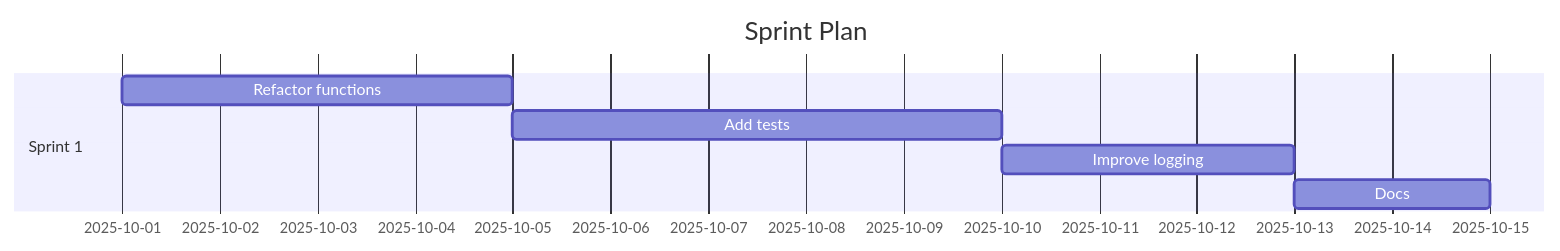
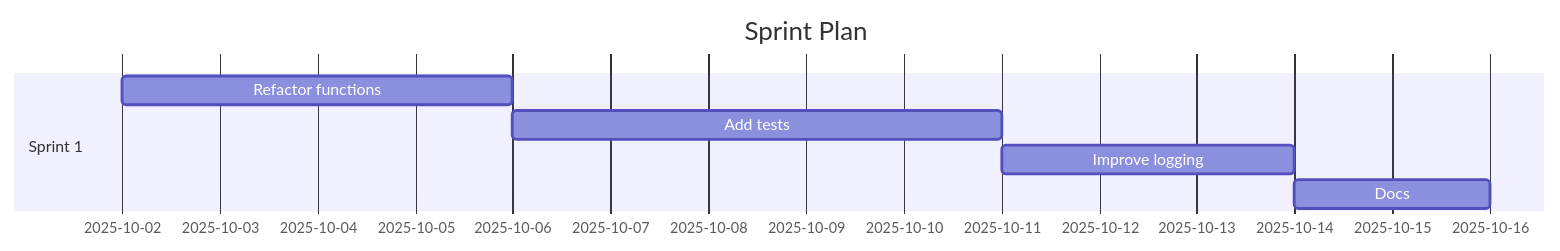
One commit to Anselmoo/mcp-ai-agent-guidelines changed the diagram in demos/demo-code-analysis.sprint.md. Above: the diagram before and after it, drawn with Mermaid. The commit also changed other lines of this file and 13 other files, not shown here.

````diff
--- a/demos/demo-code-analysis.sprint.md
+++ b/demos/demo-code-analysis.sprint.md
@@ -58,11 +58,11 @@
 ```mermaid
 gantt
 	dateFormat  YYYY-MM-DD
 	title Sprint Plan
 %% Accessibility: Title=Project Sprint Plan; Description=Gantt chart of sprints and tasks over time. %%
   section Sprint 1
-  Refactor functions :s1t0, 2025-10-01, 4d
-  Add tests :s1t1, 2025-10-05, 5d
-  Improve logging :s1t2, 2025-10-10, 3d
-  Docs :s1t3, 2025-10-13, 2d
+  Refactor functions :s1t0, 2025-10-02, 4d
+  Add tests :s1t1, 2025-10-06, 5d
+  Improve logging :s1t2, 2025-10-11, 3d
+  Docs :s1t3, 2025-10-14, 2d
 ```
````
